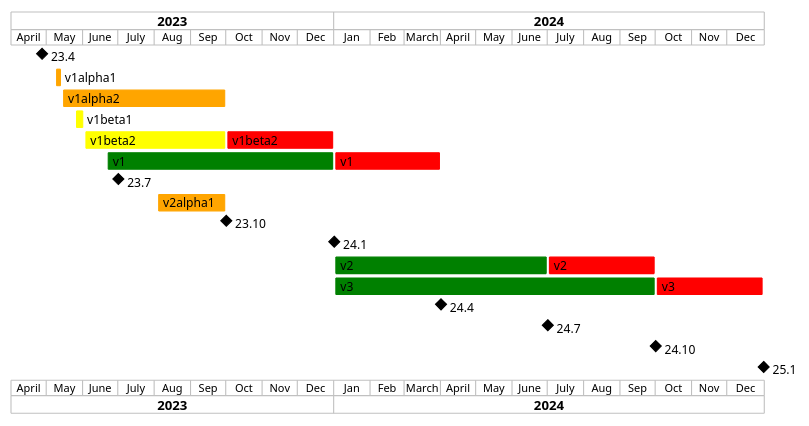
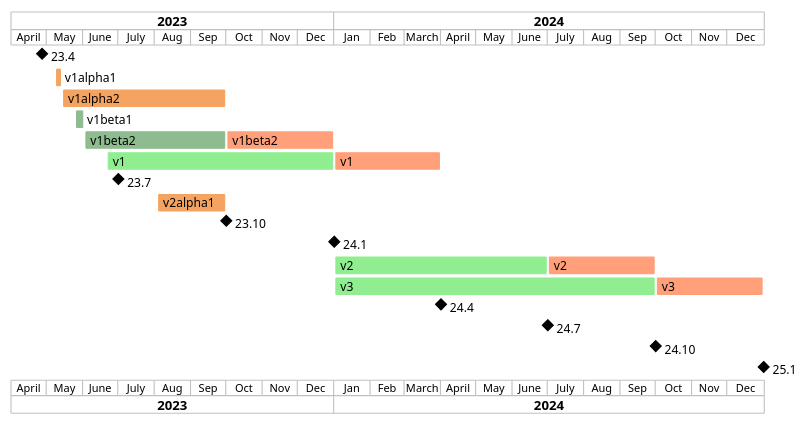
One commit to stackabletech/documentation changed the diagram in modules/contributor/images/adr/28-crd-versions.plantuml. Above: the diagram before and after it, drawn with PlantUML. The commit also changed 3 other files, not shown here.

```diff
--- a/modules/contributor/images/adr/28-crd-versions.plantuml
+++ b/modules/contributor/images/adr/28-crd-versions.plantuml
@@ -1,32 +1,32 @@
 @startgantt crd-versions
 printscale monthly
 Project starts the 2023-04-01
 
 [23.4] happens 2023-04-27
 
 
-[v1alpha1] starts 2023-05-08 and ends 2023-05-14 and is colored in Orange
-[v1alpha2] starts 2023-05-14 and ends 2023-10-01 and is colored in Orange
-[v1beta1]  starts 2023-05-25 and ends 2023-06-02 and is colored in Yellow
-[v1beta2]  starts 2023-06-02 and ends 2023-10-01 and is colored in Yellow
-[v1beta2 ] starts 2023-10-01 and ends 2024-01-01 and is colored in Red
+[v1alpha1] starts 2023-05-08 and ends 2023-05-14 and is colored in SandyBrown
+[v1alpha2] starts 2023-05-14 and ends 2023-10-01 and is colored in SandyBrown
+[v1beta1]  starts 2023-05-25 and ends 2023-06-02 and is colored in DarkSeaGreen
+[v1beta2]  starts 2023-06-02 and ends 2023-10-01 and is colored in DarkSeaGreen
+[v1beta2 ] starts 2023-10-01 and ends 2024-01-01 and is colored in LightSalmon
 [v1beta2 ] displays on same row as [v1beta2]
-[v1]       starts 2023-06-21 and ends 2024-01-01 and is colored in Green
+[v1]       starts 2023-06-21 and ends 2024-01-01 and is colored in LightGreen
 [23.7] happens 2023-07-01
-[v1 ]   starts 2024-01-01 and ends 2024-04-01 and is colored in Red
+[v1 ]   starts 2024-01-01 and ends 2024-04-01 and is colored in LightSalmon
 [v1 ] displays on same row as [v1]
-[v2alpha1] starts 2023-08-03 and ends 2023-10-01 and is colored in Orange
+[v2alpha1] starts 2023-08-03 and ends 2023-10-01 and is colored in SandyBrown
 [23.10] happens 2023-10-01
 [24.1] happens 2024-01-01
-[v2]       starts 2024-01-01 and ends 2024-07-01 and is colored in Green
-[v2 ]   starts 2024-07-01 and ends 2024-10-01 and is colored in Red
+[v2]       starts 2024-01-01 and ends 2024-07-01 and is colored in LightGreen
+[v2 ]   starts 2024-07-01 and ends 2024-10-01 and is colored in LightSalmon
 [v2 ] displays on same row as [v2]
-[v3]       starts 2024-01-01 and ends 2024-10-01 and is colored in Green
-[v3 ]   starts 2024-10-01 and ends 2025-01-01 and is colored in Red
+[v3]       starts 2024-01-01 and ends 2024-10-01 and is colored in LightGreen
+[v3 ]   starts 2024-10-01 and ends 2025-01-01 and is colored in LightSalmon
 [v3 ] displays on same row as [v3]
 [24.4] happens 2024-04-01
 [24.7] happens 2024-07-01
 [24.10] happens 2024-10-01
 [25.1] happens 2025-01-01
 
 @endgantt
```
